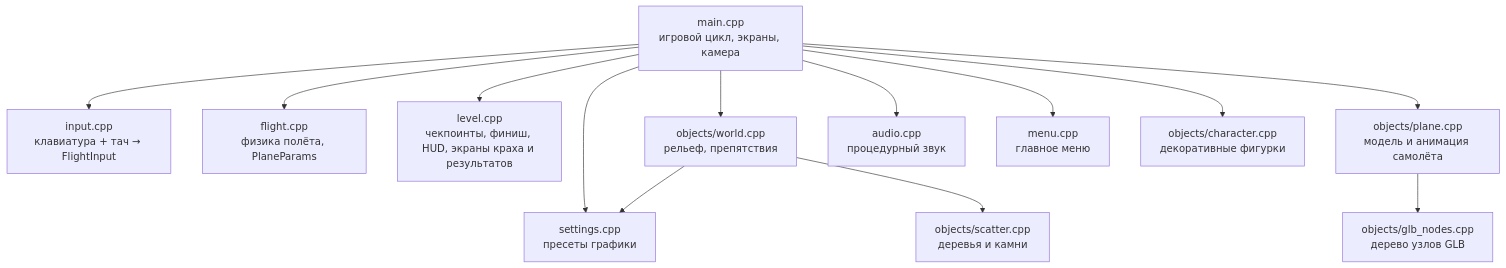
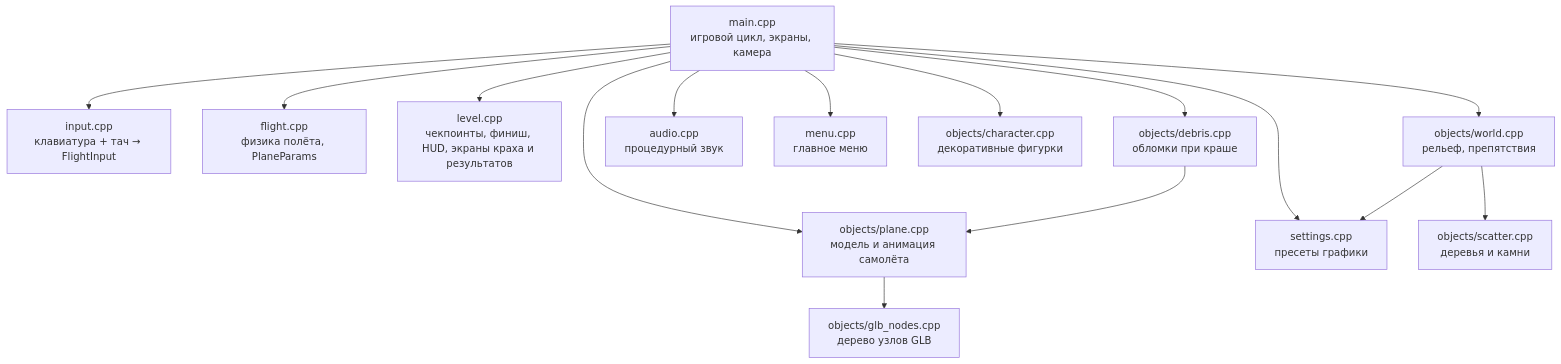
The first of 2 diagrams in docs/ARCHITECTURE.md (maratnek/claude-try-first), drawn with Mermaid before and after one commit. The commit also changed other lines of this file and 9 other files, not shown here.

First line of the commit message:
B2: breakup on crash, detached rigged parts thrown as debris, count per graphics preset

````diff
--- a/docs/ARCHITECTURE.md
+++ b/docs/ARCHITECTURE.md
@@ -10,28 +10,31 @@
 ```mermaid
 flowchart TD
     main["main.cpp<br/>игровой цикл, экраны, камера"]
     input["input.cpp<br/>клавиатура + тач → FlightInput"]
     flight["flight.cpp<br/>физика полёта, PlaneParams"]
     level["level.cpp<br/>чекпоинты, финиш, HUD, экраны краха и результатов"]
     world["objects/world.cpp<br/>рельеф, препятствия"]
     plane["objects/plane.cpp<br/>модель и анимация самолёта"]
     glb["objects/glb_nodes.cpp<br/>дерево узлов GLB"]
     audio["audio.cpp<br/>процедурный звук"]
     menu["menu.cpp<br/>главное меню"]
     settings["settings.cpp<br/>пресеты графики"]
     character["objects/character.cpp<br/>декоративные фигурки"]
     scatter["objects/scatter.cpp<br/>деревья и камни"]
 
     main --> input
     main --> flight
     main --> level
     main --> world
     main --> plane
     main --> audio
     main --> menu
     main --> settings
     main --> character
     plane --> glb
+    debris["objects/debris.cpp<br/>обломки при краше"]
+    main --> debris
+    debris --> plane
     world --> settings
     world --> scatter
 ```
````
